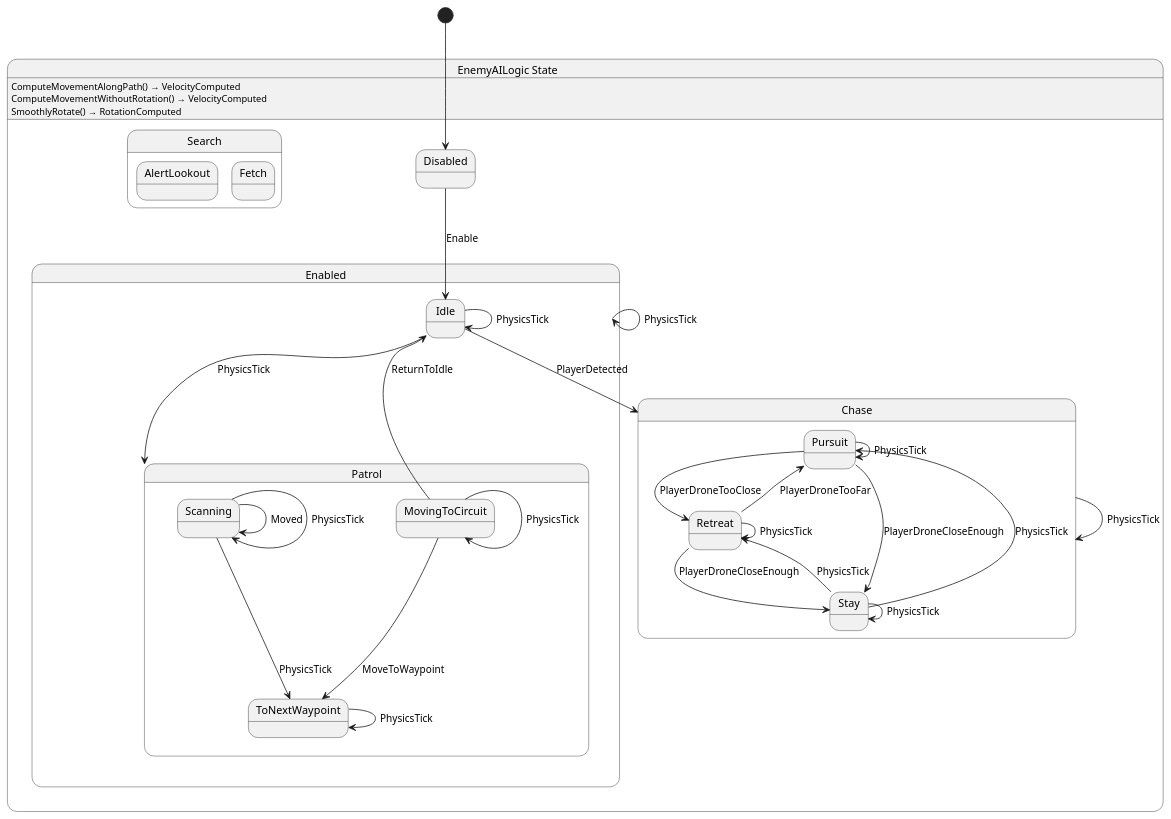
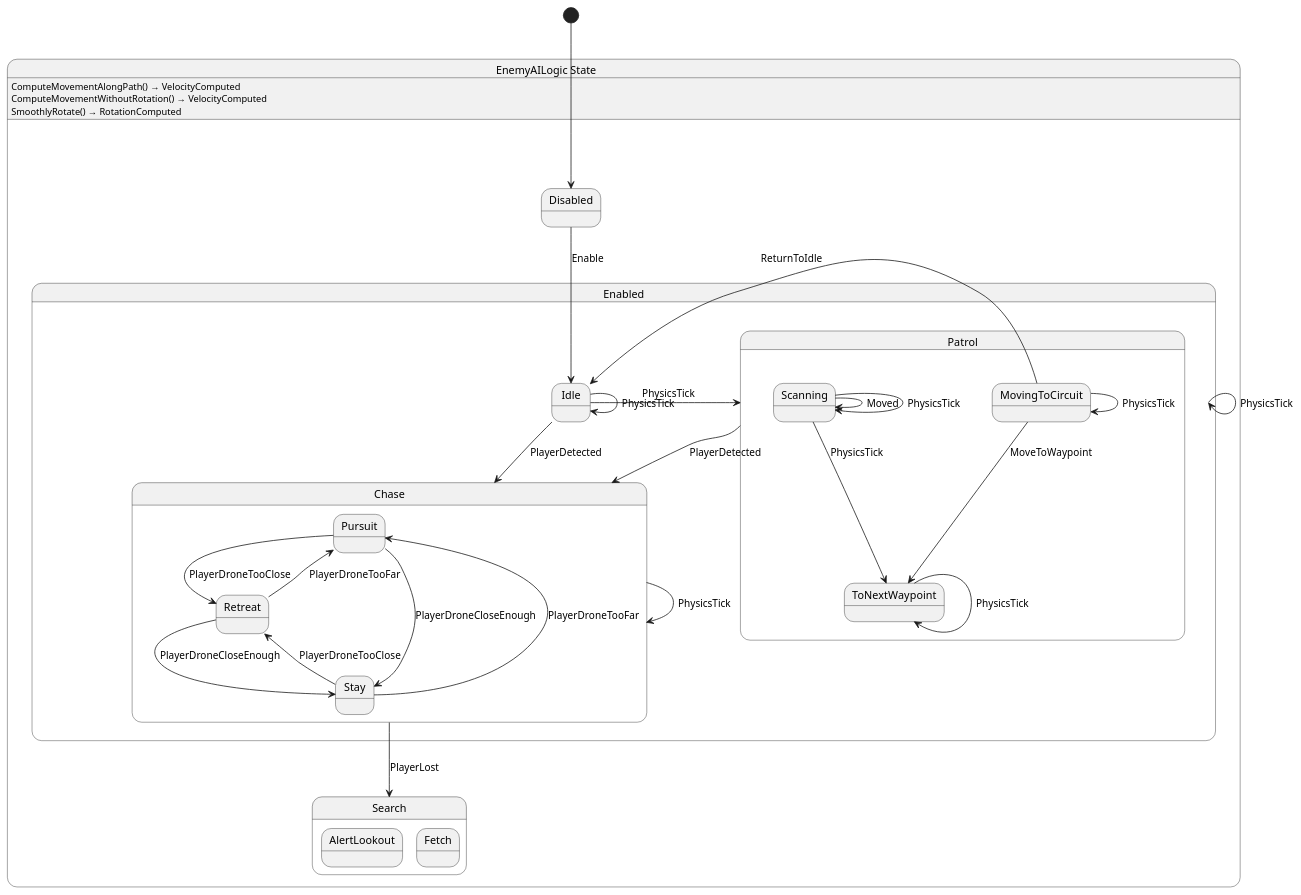
Before and after one commit to SkyValor/rescue-drone: the diagram in Scripts/Drone/Enemy/AIStateMachine/EnemyAILogic.g.puml, drawn with PlantUML. The commit also changed 14 other files, not shown here.

Commit message:
Refactoring the enemy status machine. Got all but search state done.

```diff
--- a/Scripts/Drone/Enemy/AIStateMachine/EnemyAILogic.g.puml
+++ b/Scripts/Drone/Enemy/AIStateMachine/EnemyAILogic.g.puml
@@ -1,51 +1,50 @@
 @startuml EnemyAILogic
 state "EnemyAILogic State" as RescueDrone_EnemyAILogic_State {
-  state "Chase" as RescueDrone_EnemyAILogic_State_Chase {
-    state "Pursuit" as RescueDrone_EnemyAILogic_State_Pursuit
-    state "Retreat" as RescueDrone_EnemyAILogic_State_Retreat
-    state "Stay" as RescueDrone_EnemyAILogic_State_Stay
-  }
   state "Disabled" as RescueDrone_EnemyAILogic_State_Disabled
   state "Enabled" as RescueDrone_EnemyAILogic_State_Enabled {
+    state "Chase" as RescueDrone_EnemyAILogic_State_Chase {
+      state "Pursuit" as RescueDrone_EnemyAILogic_State_Pursuit
+      state "Retreat" as RescueDrone_EnemyAILogic_State_Retreat
+      state "Stay" as RescueDrone_EnemyAILogic_State_Stay
+    }
     state "Idle" as RescueDrone_EnemyAILogic_State_Idle
     state "Patrol" as RescueDrone_EnemyAILogic_State_Patrol {
       state "MovingToCircuit" as RescueDrone_EnemyAILogic_State_MovingToCircuit
       state "Scanning" as RescueDrone_EnemyAILogic_State_Scanning
       state "ToNextWaypoint" as RescueDrone_EnemyAILogic_State_ToNextWaypoint
     }
   }
   state "Search" as RescueDrone_EnemyAILogic_State_Search {
     state "AlertLookout" as RescueDrone_EnemyAILogic_State_AlertLookout
     state "Fetch" as RescueDrone_EnemyAILogic_State_Fetch
   }
 }
 
 RescueDrone_EnemyAILogic_State_Chase --> RescueDrone_EnemyAILogic_State_Chase : PhysicsTick
+RescueDrone_EnemyAILogic_State_Chase --> RescueDrone_EnemyAILogic_State_Search : PlayerLost
 RescueDrone_EnemyAILogic_State_Disabled --> RescueDrone_EnemyAILogic_State_Idle : Enable
 RescueDrone_EnemyAILogic_State_Enabled --> RescueDrone_EnemyAILogic_State_Enabled : PhysicsTick
 RescueDrone_EnemyAILogic_State_Idle --> RescueDrone_EnemyAILogic_State_Chase : PlayerDetected
 RescueDrone_EnemyAILogic_State_Idle --> RescueDrone_EnemyAILogic_State_Idle : PhysicsTick
 RescueDrone_EnemyAILogic_State_Idle --> RescueDrone_EnemyAILogic_State_Patrol : PhysicsTick
 RescueDrone_EnemyAILogic_State_MovingToCircuit --> RescueDrone_EnemyAILogic_State_Idle : ReturnToIdle
 RescueDrone_EnemyAILogic_State_MovingToCircuit --> RescueDrone_EnemyAILogic_State_MovingToCircuit : PhysicsTick
 RescueDrone_EnemyAILogic_State_MovingToCircuit --> RescueDrone_EnemyAILogic_State_ToNextWaypoint : MoveToWaypoint
-RescueDrone_EnemyAILogic_State_Pursuit --> RescueDrone_EnemyAILogic_State_Pursuit : PhysicsTick
+RescueDrone_EnemyAILogic_State_Patrol --> RescueDrone_EnemyAILogic_State_Chase : PlayerDetected
 RescueDrone_EnemyAILogic_State_Pursuit --> RescueDrone_EnemyAILogic_State_Retreat : PlayerDroneTooClose
 RescueDrone_EnemyAILogic_State_Pursuit --> RescueDrone_EnemyAILogic_State_Stay : PlayerDroneCloseEnough
 RescueDrone_EnemyAILogic_State_Retreat --> RescueDrone_EnemyAILogic_State_Pursuit : PlayerDroneTooFar
-RescueDrone_EnemyAILogic_State_Retreat --> RescueDrone_EnemyAILogic_State_Retreat : PhysicsTick
 RescueDrone_EnemyAILogic_State_Retreat --> RescueDrone_EnemyAILogic_State_Stay : PlayerDroneCloseEnough
 RescueDrone_EnemyAILogic_State_Scanning --> RescueDrone_EnemyAILogic_State_Scanning : Moved
 RescueDrone_EnemyAILogic_State_Scanning --> RescueDrone_EnemyAILogic_State_Scanning : PhysicsTick
 RescueDrone_EnemyAILogic_State_Scanning --> RescueDrone_EnemyAILogic_State_ToNextWaypoint : PhysicsTick
-RescueDrone_EnemyAILogic_State_Stay --> RescueDrone_EnemyAILogic_State_Pursuit : PhysicsTick
-RescueDrone_EnemyAILogic_State_Stay --> RescueDrone_EnemyAILogic_State_Retreat : PhysicsTick
-RescueDrone_EnemyAILogic_State_Stay --> RescueDrone_EnemyAILogic_State_Stay : PhysicsTick
+RescueDrone_EnemyAILogic_State_Stay --> RescueDrone_EnemyAILogic_State_Pursuit : PlayerDroneTooFar
+RescueDrone_EnemyAILogic_State_Stay --> RescueDrone_EnemyAILogic_State_Retreat : PlayerDroneTooClose
 RescueDrone_EnemyAILogic_State_ToNextWaypoint --> RescueDrone_EnemyAILogic_State_ToNextWaypoint : PhysicsTick
 
 RescueDrone_EnemyAILogic_State : ComputeMovementAlongPath() → VelocityComputed
 RescueDrone_EnemyAILogic_State : ComputeMovementWithoutRotation() → VelocityComputed
 RescueDrone_EnemyAILogic_State : SmoothlyRotate() → RotationComputed
 
 [*] --> RescueDrone_EnemyAILogic_State_Disabled
 @enduml
```
